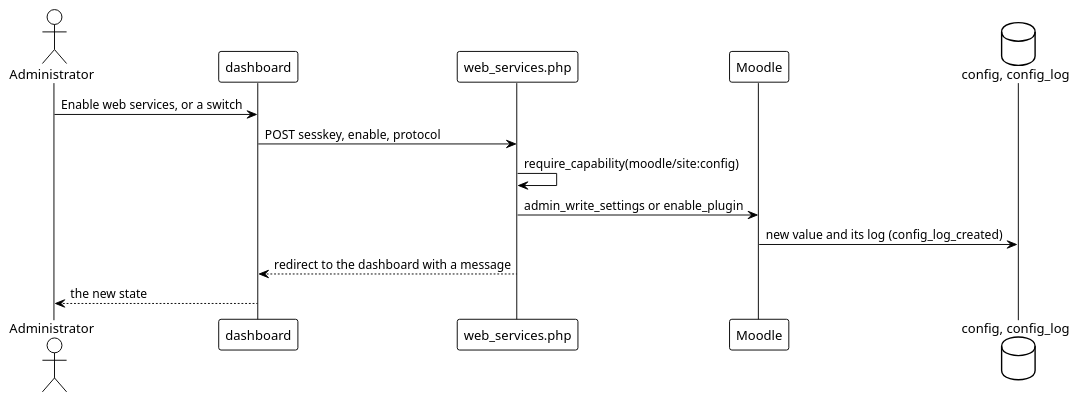
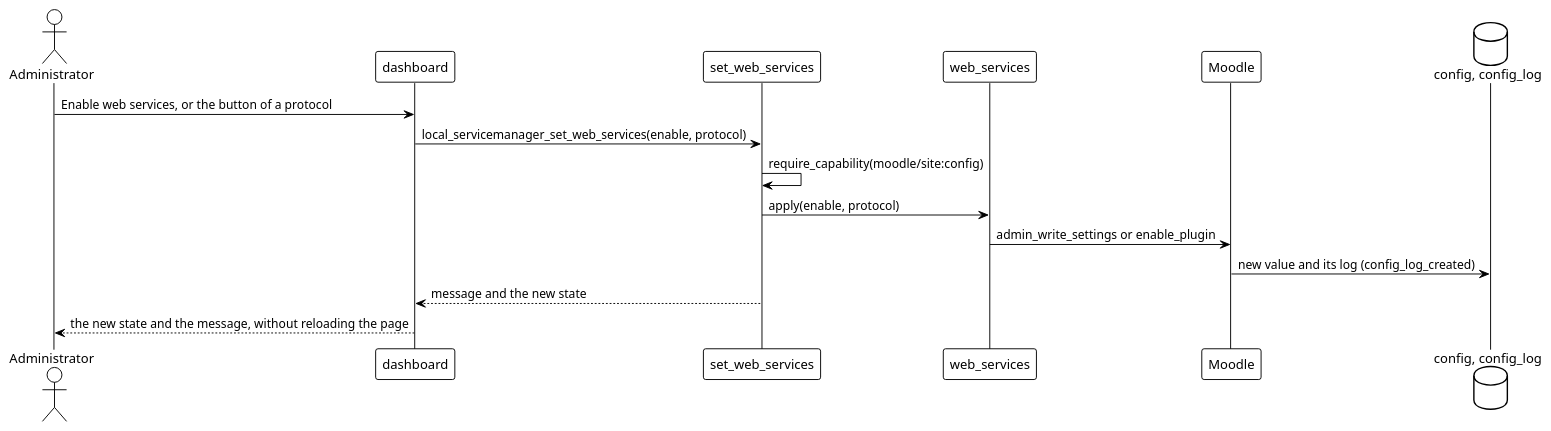
One commit to didactika/moodle-local_servicemanager changed the diagram in docs/en/technical/design/use-cases/turnWebServices/sequence.puml. Above: the diagram before and after it, drawn with PlantUML. The commit also changed 32 other files, not shown here.

First line of the commit message:
feat: the web services and each protocol are turned on or off from the dashboard without reloading the page

```diff
--- a/docs/en/technical/design/use-cases/turnWebServices/sequence.puml
+++ b/docs/en/technical/design/use-cases/turnWebServices/sequence.puml
@@ -1,20 +1,22 @@
 @startuml
 !theme plain
 skinparam linetype polyline
 skinparam responseMessageBelowArrow true
 
 actor "Administrator" as actor
 participant "dashboard" as dashboard
-participant "web_services.php" as page
+participant "set_web_services" as service
+participant "web_services" as apply
 participant "Moodle" as moodle
 database "config, config_log" as config
 
-actor -> dashboard : Enable web services, or a switch
-dashboard -> page : POST sesskey, enable, protocol
-page -> page : require_capability(moodle/site:config)
-page -> moodle : admin_write_settings or enable_plugin
+actor -> dashboard : Enable web services, or the button of a protocol
+dashboard -> service : local_servicemanager_set_web_services(enable, protocol)
+service -> service : require_capability(moodle/site:config)
+service -> apply : apply(enable, protocol)
+apply -> moodle : admin_write_settings or enable_plugin
 moodle -> config : new value and its log (config_log_created)
-page --> dashboard : redirect to the dashboard with a message
-dashboard --> actor : the new state
+service --> dashboard : message and the new state
+dashboard --> actor : the new state and the message, without reloading the page
 
 @enduml
```
